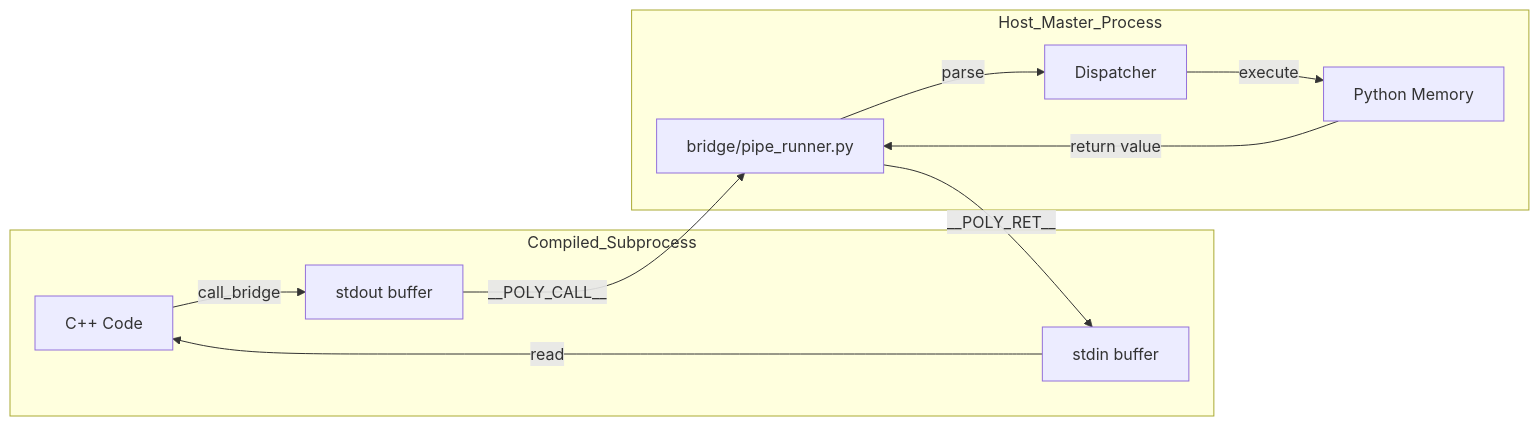
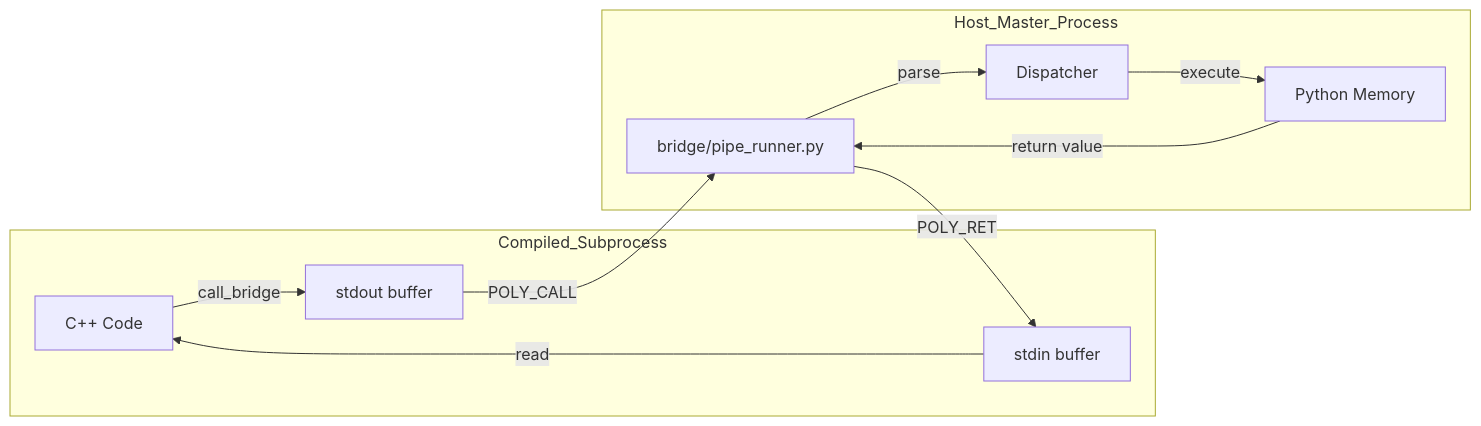
The third of 6 diagrams in ARCHITECTURE.md (gSIREESH24/PNI), drawn with Mermaid before and after one commit. The commit also changed other lines of this file, not shown here.

````diff
--- a/ARCHITECTURE.md
+++ b/ARCHITECTURE.md
@@ -63,17 +63,17 @@
 ```mermaid
 flowchart LR
     subgraph Compiled_Subprocess
-        App[C++ Code] -->|call_bridge| SysOut[stdout buffer]
-        SysIn[stdin buffer] -->|read| App
+        App["C++ Code"] -->|"call_bridge"| SysOut["stdout buffer"]
+        SysIn["stdin buffer"] -->|"read"| App
     end
 
-    SysOut -->|__POLY_CALL__| PipeRunner[bridge/pipe_runner.py]
+    SysOut -->|"POLY_CALL"| PipeRunner["bridge/pipe_runner.py"]
 
     subgraph Host_Master_Process
-        PipeRunner -->|parse| Dispatcher
-        Dispatcher -->|execute| PyFunc[Python Memory]
-        PyFunc -->|return value| PipeRunner
+        PipeRunner -->|"parse"| Dispatcher
+        Dispatcher -->|"execute"| PyFunc["Python Memory"]
+        PyFunc -->|"return value"| PipeRunner
     end
 
-    PipeRunner -->|__POLY_RET__| SysIn
+    PipeRunner -->|"POLY_RET"| SysIn
 ```
````
